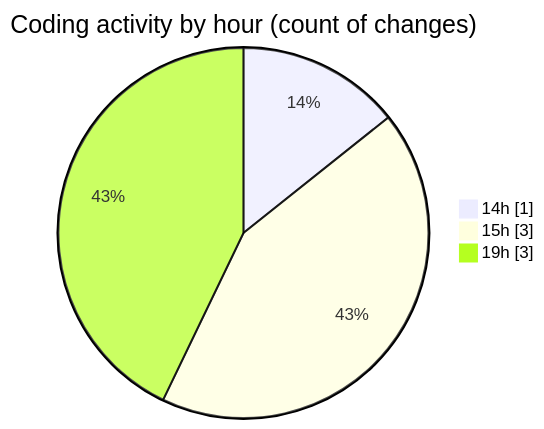
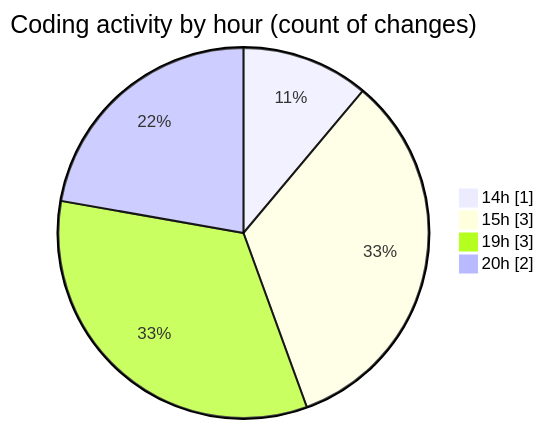
The second of 2 diagrams in 2026-03-02/shadcn-admin-kit-main__workspace_/README.md (jadenblack/code-tracking), drawn with Mermaid before and after one commit. The commit also changed other lines of this file and 1 other file, not shown here.

````diff
--- a/2026-03-02/shadcn-admin-kit-main__workspace_/README.md
+++ b/2026-03-02/shadcn-admin-kit-main__workspace_/README.md
@@ -34,7 +34,8 @@
 ```mermaid
 pie showData
 title Coding activity by hour (count of changes)
 "14h" : 1
 "15h" : 3
 "19h" : 3
+"20h" : 2
 ```
````
